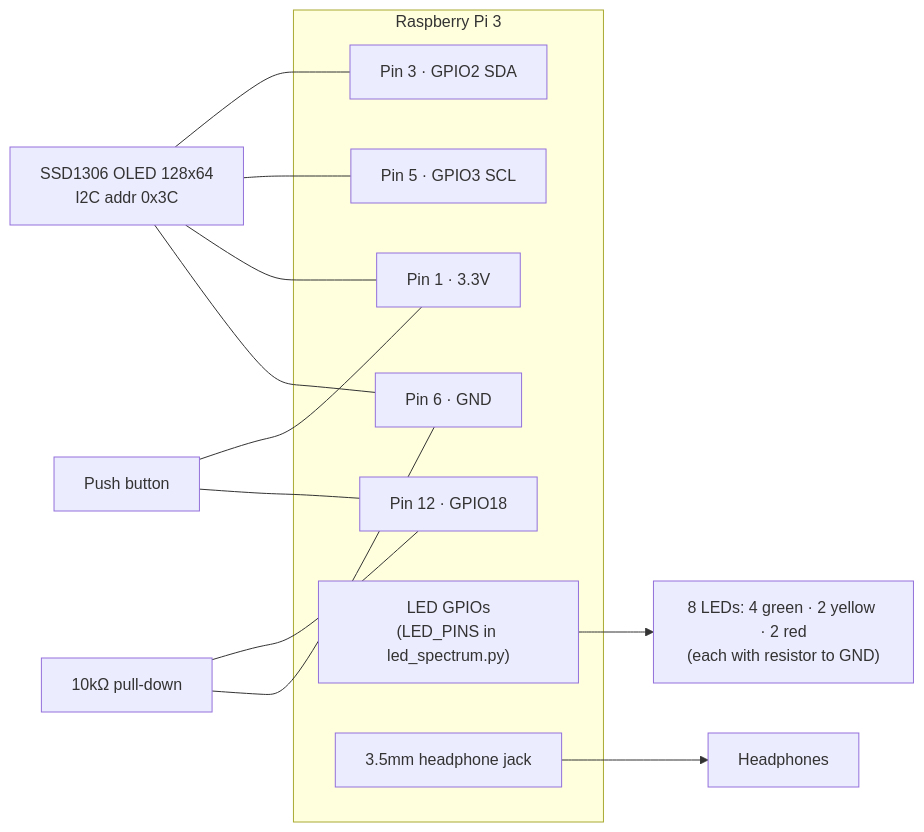
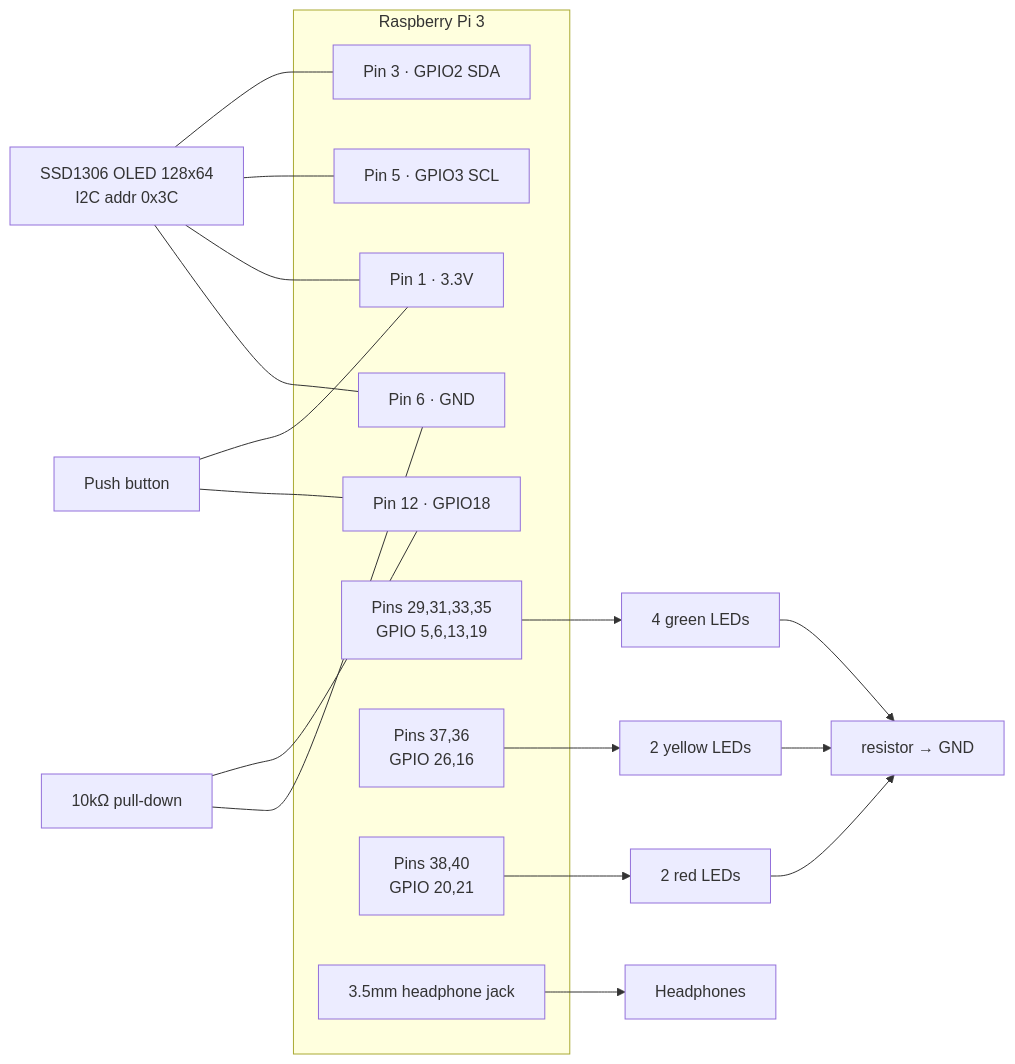
Before and after one commit to fgomecs/music-button-pi: the second of 3 diagrams in README.md, drawn with Mermaid. The commit also changed other lines of this file, not shown here.

Commit message:
README: add LED pin map to wiring diagram

````diff
--- a/README.md
+++ b/README.md
@@ -25,22 +25,27 @@
 ```mermaid
 flowchart LR
     subgraph PI[Raspberry Pi 3]
         P1["Pin 1 · 3.3V"]
         P3["Pin 3 · GPIO2 SDA"]
         P5["Pin 5 · GPIO3 SCL"]
         P6["Pin 6 · GND"]
         P12["Pin 12 · GPIO18"]
-        PL["LED GPIOs<br/>(LED_PINS in led_spectrum.py)"]
+        PG["Pins 29,31,33,35<br/>GPIO 5,6,13,19"]
+        PY["Pins 37,36<br/>GPIO 26,16"]
+        PR["Pins 38,40<br/>GPIO 20,21"]
         JACK[3.5mm headphone jack]
     end
     BTN[Push button] --- P1
     BTN --- P12
     R[10kΩ pull-down] --- P12
     R --- P6
     OLED["SSD1306 OLED 128x64<br/>I2C addr 0x3C"] --- P3
     OLED --- P5
     OLED --- P1
     OLED --- P6
-    PL --> LEDS["8 LEDs: 4 green · 2 yellow · 2 red<br/>(each with resistor to GND)"]
+    PG --> LG["4 green LEDs"]
+    PY --> LY["2 yellow LEDs"]
+    PR --> LR["2 red LEDs"]
+    LG & LY & LR --> GND["resistor → GND"]
     JACK --> HP[Headphones]
 ```
````
